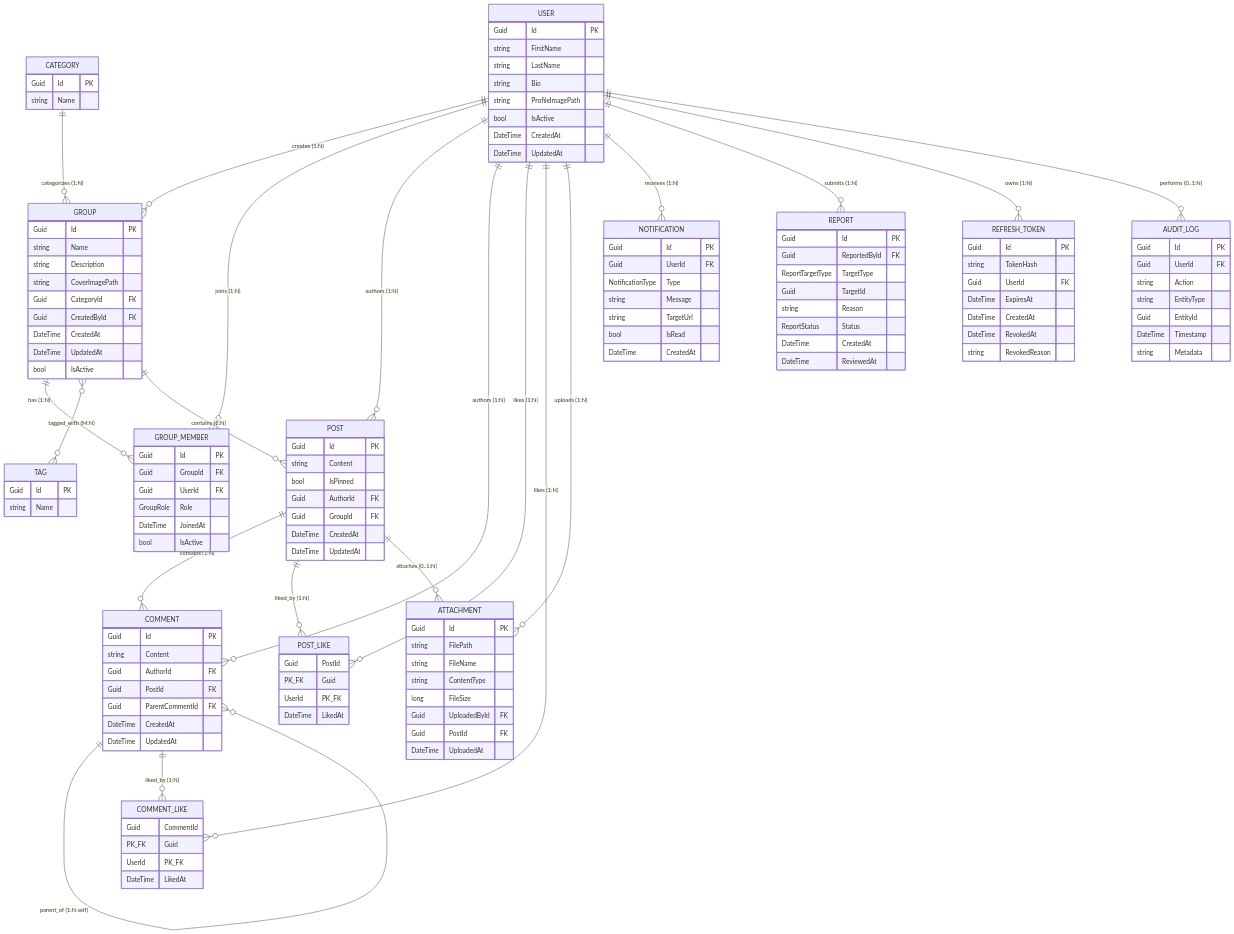
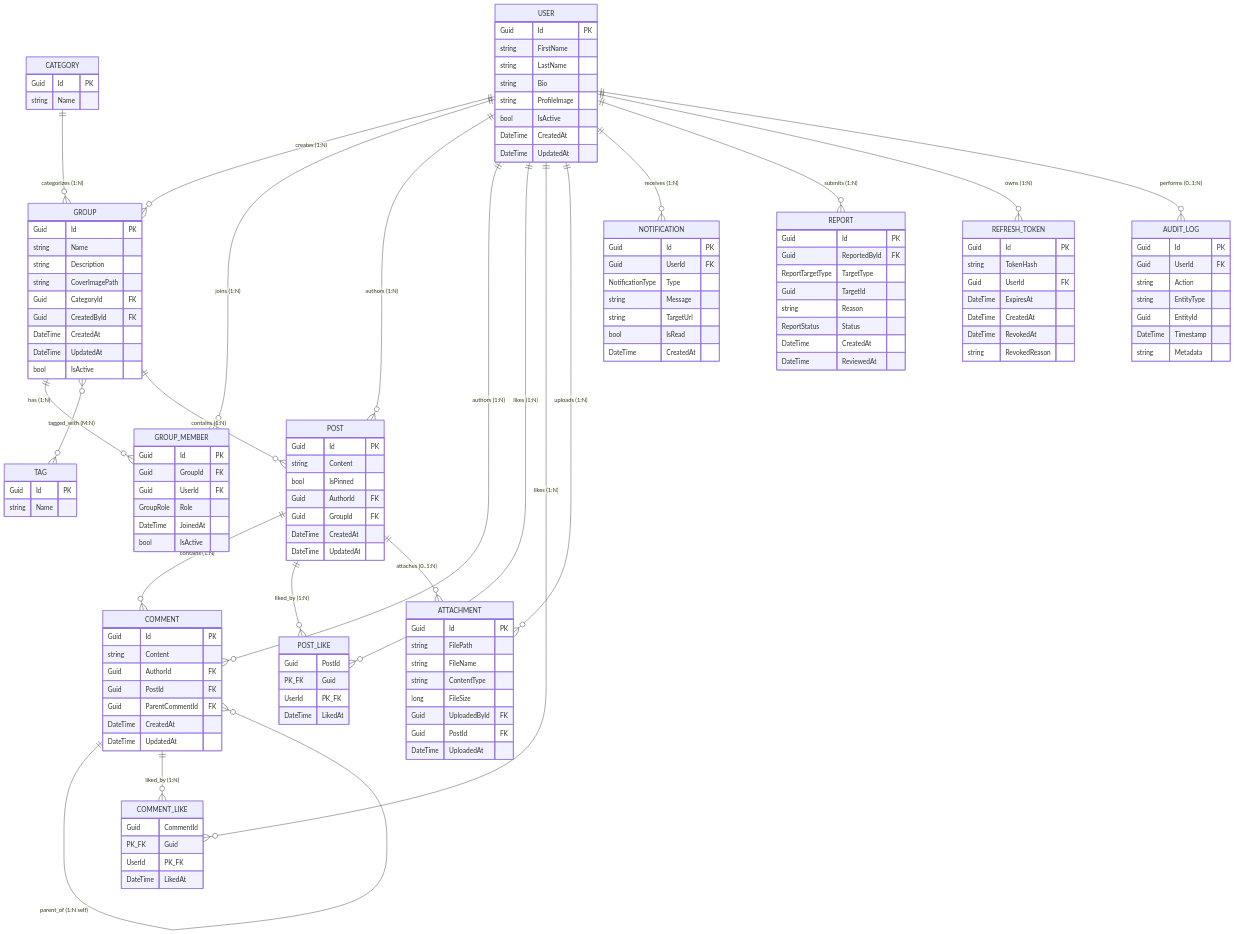
Before and after one commit to Mahossam36/ConnectHub: the diagram in docs/Database-Schema.md, drawn with Mermaid. The commit also changed other lines of this file and 96 other files, not shown here.

```diff
--- a/docs/Database-Schema.md
+++ b/docs/Database-Schema.md
@@ -63,7 +63,7 @@
         string FirstName
         string LastName
         string Bio
-        string ProfileImagePath
+        string ProfileImage
         bool IsActive
         DateTime CreatedAt
         DateTime UpdatedAt
```
